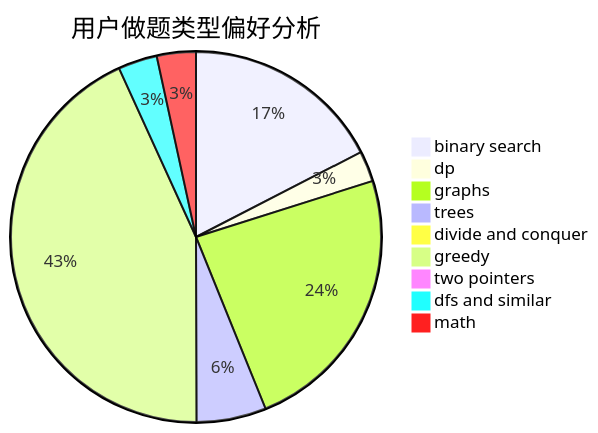
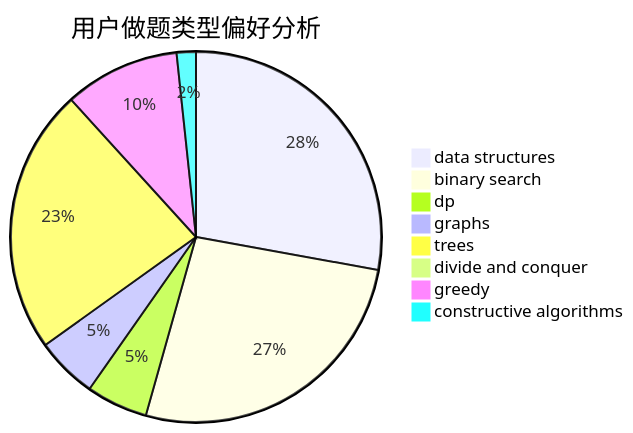
Before and after one commit to sherpahu/cfrs.github.io: the second of 3 diagrams in docs/user/u250.md, drawn with Mermaid. The commit also changed other lines of this file and 2775 other files, not shown here.

````diff
--- a/docs/user/u250.md
+++ b/docs/user/u250.md
@@ -23,12 +23,11 @@
 ```mermaid
 pie title 用户做题类型偏好分析
-    "binary search" :  215
-    "dp" :  33
-    "graphs" :  293
-    "trees" :  75
-    "divide and conquer" :  6
-    "greedy" :  533
-    "two pointers" :  3
-    "dfs and similar" :  42
-    "math" :  42
+    "data structures" :  83
+    "binary search" :  79
+    "dp" :  16
+    "graphs" :  16
+    "trees" :  69
+    "divide and conquer" :  0
+    "greedy" :  30
+    "constructive algorithms" :  5
 ```
````
